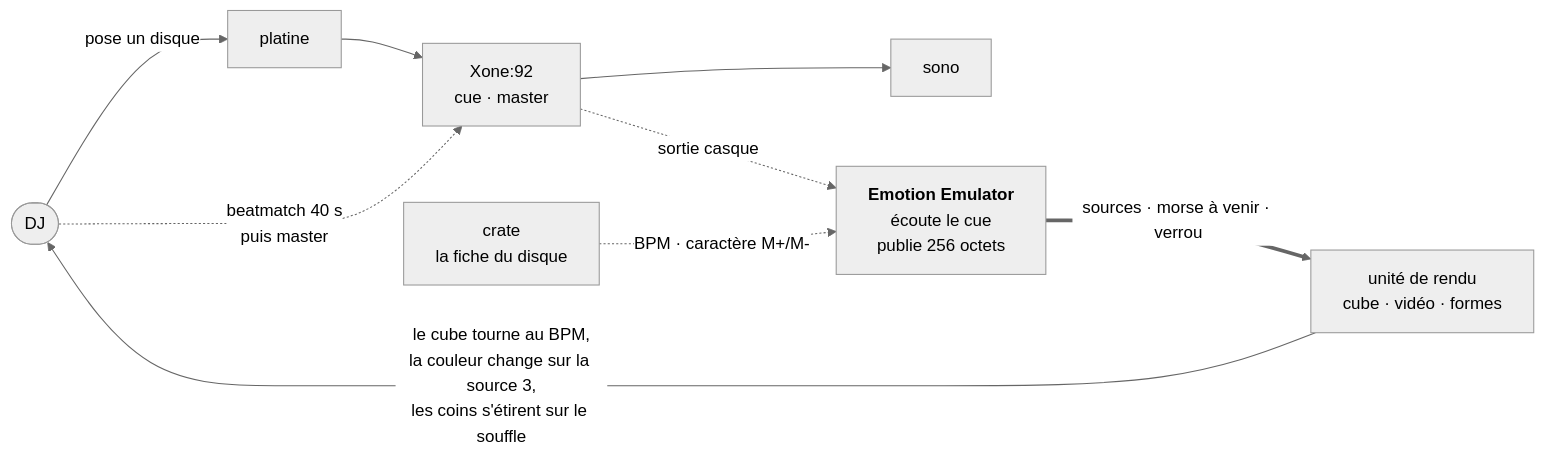
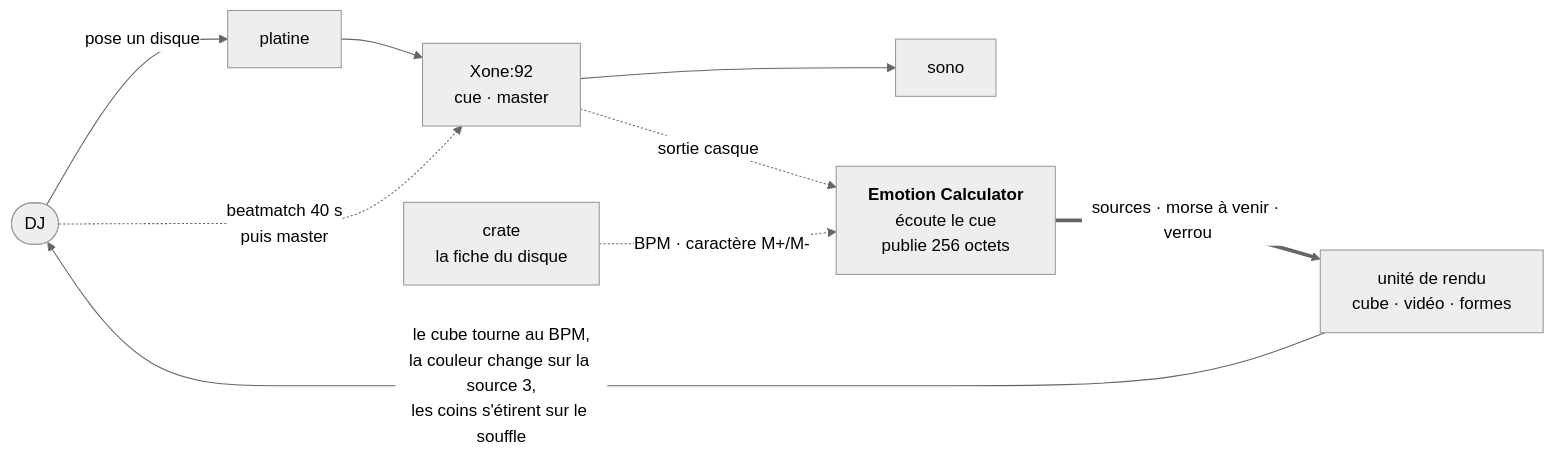
One commit to LiquidSnake0/emotion-calculator changed the first of 8 diagrams in README.md. Above: the diagram before and after it, drawn with Mermaid (neutral theme). The commit also changed other lines of this file and 1 other file, not shown here.

Commit message:
le depot s'appelle emotion-calculator : le moteur de l'ensemble Emotion Emulator

````diff
--- a/README.md
+++ b/README.md
@@ -84,17 +90,17 @@
 ```mermaid
 flowchart LR
     dj(["DJ"])
     platine["platine"]
     xone["Xone:92<br/>cue · master"]
     sono["sono"]
-    ee["<b>Emotion Emulator</b><br/>écoute le cue<br/>publie 256 octets"]
+    ee["<b>Emotion Calculator</b><br/>écoute le cue<br/>publie 256 octets"]
     gpu["unité de rendu<br/>cube · vidéo · formes"]
     crate["crate<br/>la fiche du disque"]
 
     dj -->|pose un disque| platine --> xone --> sono
     xone -.->|sortie casque| ee
     crate -.->|BPM · caractère M+/M-| ee
     ee ==>|"sources · morse à venir · verrou"| gpu
     dj -.->|"beatmatch 40 s<br/>puis master"| xone
     gpu -->|"le cube tourne au BPM,<br/>la couleur change sur la source 3,<br/>les coins s'étirent sur le souffle"| dj
 ```
````
